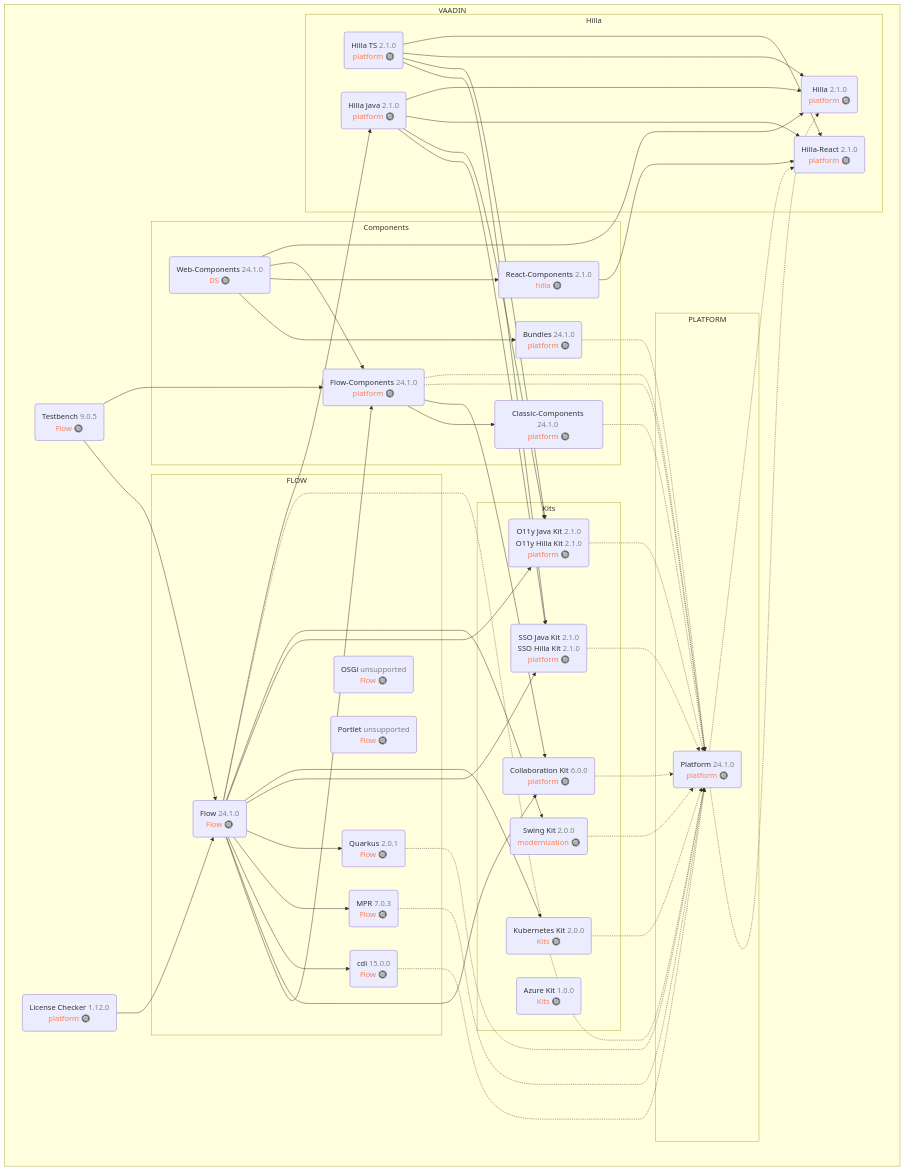
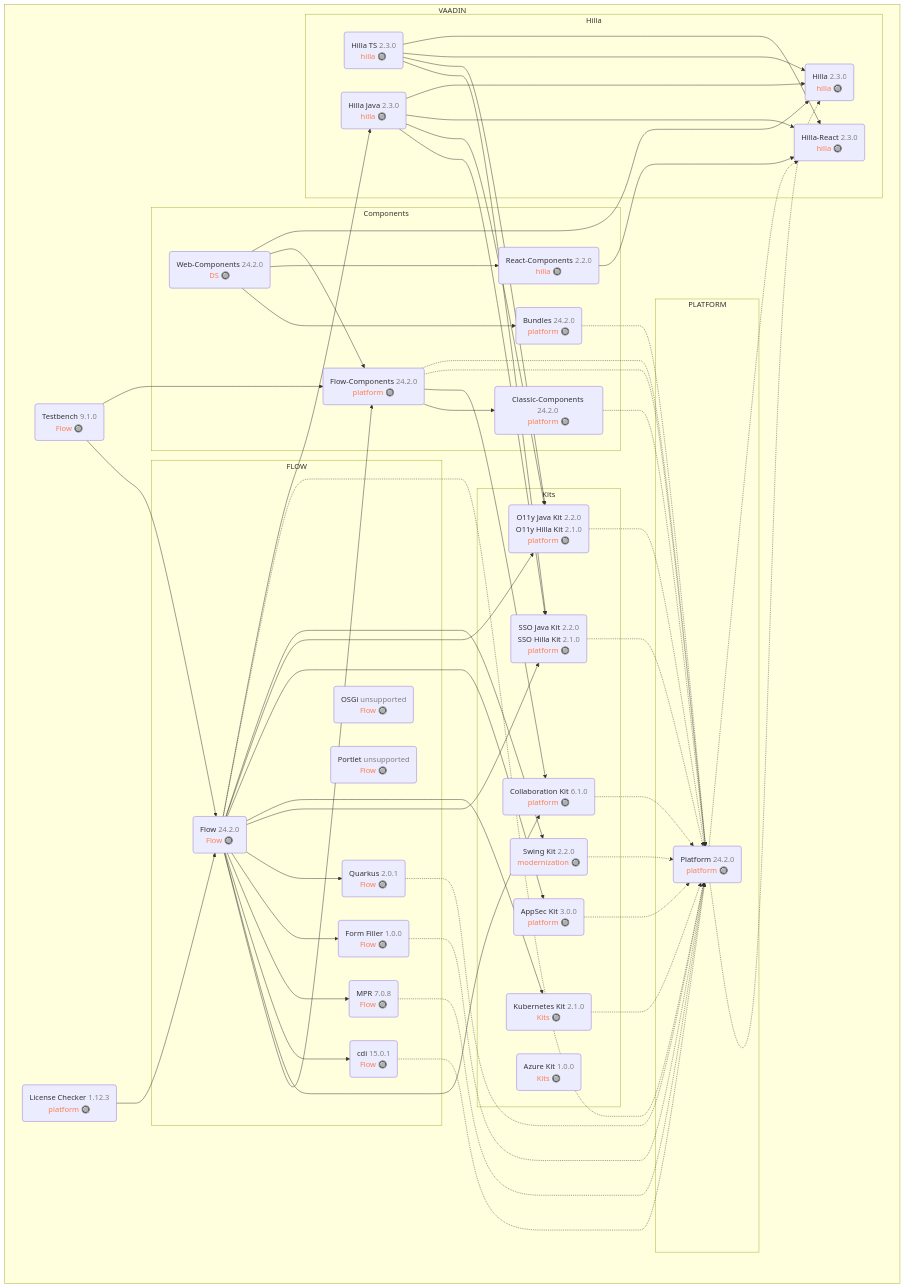
Before and after one commit to vaadin/platform: the diagram in DEPS.md, drawn with Mermaid.

Commit message:
bump 24.2.0

````diff
--- a/DEPS.md
+++ b/DEPS.md
@@ -13,6 +13,7 @@
            Q 
            OSGi
            MPR
+           FF
            POR
         end  
         subgraph Components
@@ -29,6 +30,7 @@
             SW
             AZ
             CE
+            AK
         end   
         subgraph Hilla
             HT
@@ -45,10 +47,12 @@
             F --> CE
             F --> CDI
             F --> MPR
+            F --> FF
             F --> Q
 
             F --> SSO
             F --> K8S
+            F --> AK
             F --> O11
             F --> SW
 
@@ -66,11 +70,13 @@
 
             CDI -.-> P
             MPR -.-> P
+            FF -.-> P
             Q -.-> P
             FC  -.-> P
             SSO -.-> P
             SW  -.-> P
             K8S  -.-> P
+            AK  -.-> P
             B  -.-> P
             O11 -.-> P
             LC --> F
@@ -93,38 +99,40 @@
             P -.-> HR
 
 
-TB(Testbench <span style='color: grey'>9.0.5 <div style='color: coral'>Flow &#128280)
+TB(Testbench <span style='color: grey'>9.1.0 <div style='color: coral'>Flow &#128280)
 
-F(Flow <span style='color: grey'>24.1.0 <div style='color: coral'>Flow &#128280)
-CDI(cdi <span style='color: grey'>15.0.0 <div style='color: coral'>Flow &#128280)
+F(Flow <span style='color: grey'>24.2.0 <div style='color: coral'>Flow &#128280)
+CDI(cdi <span style='color: grey'>15.0.1 <div style='color: coral'>Flow &#128280)
 Q(Quarkus <span style='color: grey'>2.0.1 <div style='color: coral'>Flow &#128280)
-MPR(MPR <span style='color: grey'>7.0.3 <div style='color: coral'>Flow &#128280)
+MPR(MPR <span style='color: grey'>7.0.8 <div style='color: coral'>Flow &#128280)
+FF(Form Filler <span style='color: grey'>1.0.0 <div style='color: coral'>Flow &#128280)
 OSGi(OSGi <span style='color: grey'>unsupported <div style='color: coral'>Flow &#128280)
 POR(Portlet <span style='color: grey'>unsupported <div style='color: coral'>Flow &#128280)
 
 
-SSO(SSO Java Kit <span style='color: grey'>2.1.0</span><br/>SSO Hilla Kit <span style='color: grey'>2.1.0</span><div style='color: coral'>platform &#128280</div>)
-O11(O11y Java Kit <span style='color: grey'>2.1.0</span><br/>O11y Hilla Kit <span style='color: grey'>2.1.0</span><div style='color: coral'>platform &#128280</div>)
-K8S(Kubernetes Kit <span style='color: grey'>2.0.0 <div style='color: coral'>Kits &#128280)
+SSO(SSO Java Kit <span style='color: grey'>2.2.0</span><br/>SSO Hilla Kit <span style='color: grey'>2.1.0</span><div style='color: coral'>platform &#128280</div>)
+O11(O11y Java Kit <span style='color: grey'>2.2.0</span><br/>O11y Hilla Kit <span style='color: grey'>2.1.0</span><div style='color: coral'>platform &#128280</div>)
+K8S(Kubernetes Kit <span style='color: grey'>2.1.0 <div style='color: coral'>Kits &#128280)
 AZ(Azure Kit <span style='color: grey'>1.0.0 <div style='color: coral'>Kits &#128280)
-CE(Collaboration Kit <span style='color: grey'>6.0.0 <div style='color: coral'>platform &#128280)
-SW(Swing Kit <span style='color: grey'>2.0.0 <div style='color: coral'>modernization &#128280)
+CE(Collaboration Kit <span style='color: grey'>6.1.0 <div style='color: coral'>platform &#128280)
+SW(Swing Kit <span style='color: grey'>2.2.0 <div style='color: coral'>modernization &#128280)
+AK(AppSec Kit <span style='color: grey'>3.0.0 <div style='color: coral'>platform &#128280)
 
-WC(Web-Components <span style='color: grey'>24.1.0 <div style='color: coral'>DS &#128280)
-B(Bundles <span style='color: grey'>24.1.0 <div style='color: coral'>platform &#128280)
-RC(React-Components <span style='color: grey'>2.1.0 <div style='color: coral'>hilla &#128280)
-FC(Flow-Components <span style='color: grey'>24.1.0 <div style='color: coral'>platform &#128280)
+WC(Web-Components <span style='color: grey'>24.2.0 <div style='color: coral'>DS &#128280)
+B(Bundles <span style='color: grey'>24.2.0 <div style='color: coral'>platform &#128280)
+RC(React-Components <span style='color: grey'>2.2.0 <div style='color: coral'>hilla &#128280)
+FC(Flow-Components <span style='color: grey'>24.2.0 <div style='color: coral'>platform &#128280)
 
 
-CC(Classic-Components <span style='color: grey'>24.1.0 <div style='color: coral'>platform &#128280)
-P(Platform <span style='color: grey'>24.1.0 <div style='color: coral'>platform &#128280)
+CC(Classic-Components <span style='color: grey'>24.2.0 <div style='color: coral'>platform &#128280)
+P(Platform <span style='color: grey'>24.2.0 <div style='color: coral'>platform &#128280)
 
-HT(Hilla TS <span style='color: grey'>2.1.0 <div style='color: coral'>platform &#128280)
-HJ(Hilla Java <span style='color: grey'>2.1.0 <div style='color: coral'>platform &#128280)
-HP(Hilla <span style='color: grey'>2.1.0 <div style='color: coral'>platform &#128280)
-HR(Hilla-React <span style='color: grey'>2.1.0 <div style='color: coral'>platform &#128280)
+HT(Hilla TS <span style='color: grey'>2.3.0 <div style='color: coral'>hilla &#128280)
+HJ(Hilla Java <span style='color: grey'>2.3.0 <div style='color: coral'>hilla &#128280)
+HP(Hilla <span style='color: grey'>2.3.0 <div style='color: coral'>hilla &#128280)
+HR(Hilla-React <span style='color: grey'>2.3.0 <div style='color: coral'>hilla &#128280)
 
-LC(License Checker <span style='color: grey'>1.12.0 <div style='color: coral'>platform &#128280)
+LC(License Checker <span style='color: grey'>1.12.3 <div style='color: coral'>platform &#128280)
 
 
 ```
````
